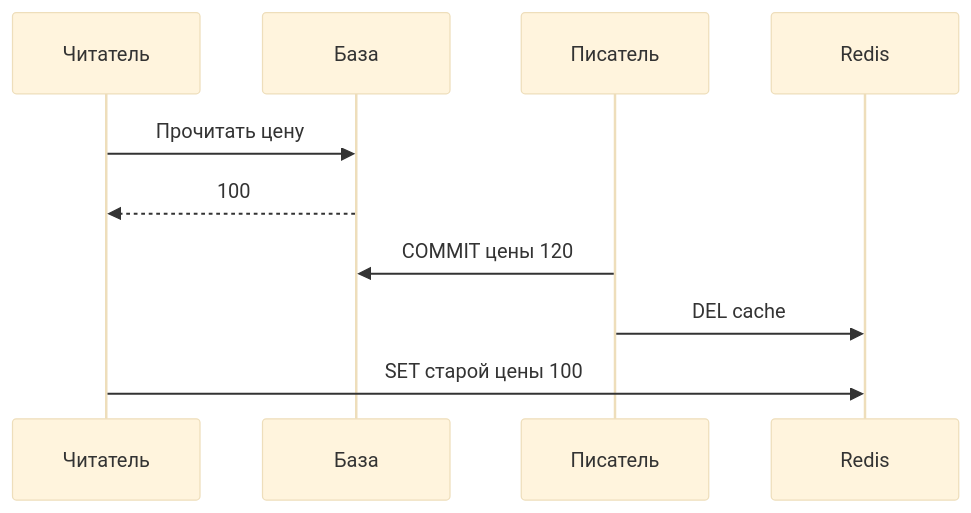
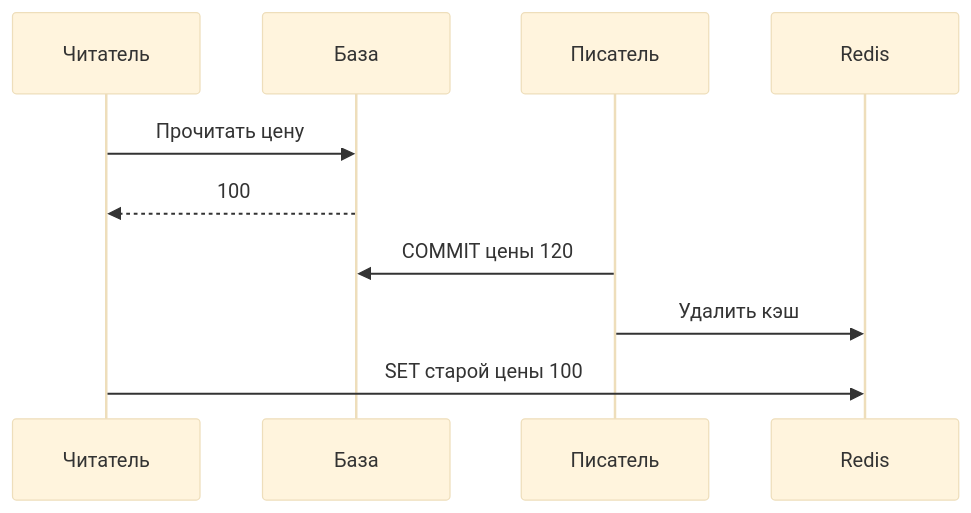
Before and after one commit to leary1337/vault: the diagram in docs/databases/redis/caching.md, drawn with Mermaid (base theme). The commit also changed other lines of this file and 325 other files, not shown here.

````diff
--- a/docs/databases/redis/caching.md
+++ b/docs/databases/redis/caching.md
@@ -51,12 +30,12 @@
 ```mermaid
 sequenceDiagram
     participant R as Читатель
     participant DB as База
     participant W as Писатель
     participant C as Redis
     R->>DB: Прочитать цену
     DB-->>R: 100
     W->>DB: COMMIT цены 120
-    W->>C: DEL cache
+    W->>C: Удалить кэш
     R->>C: SET старой цены 100
 ```
````
